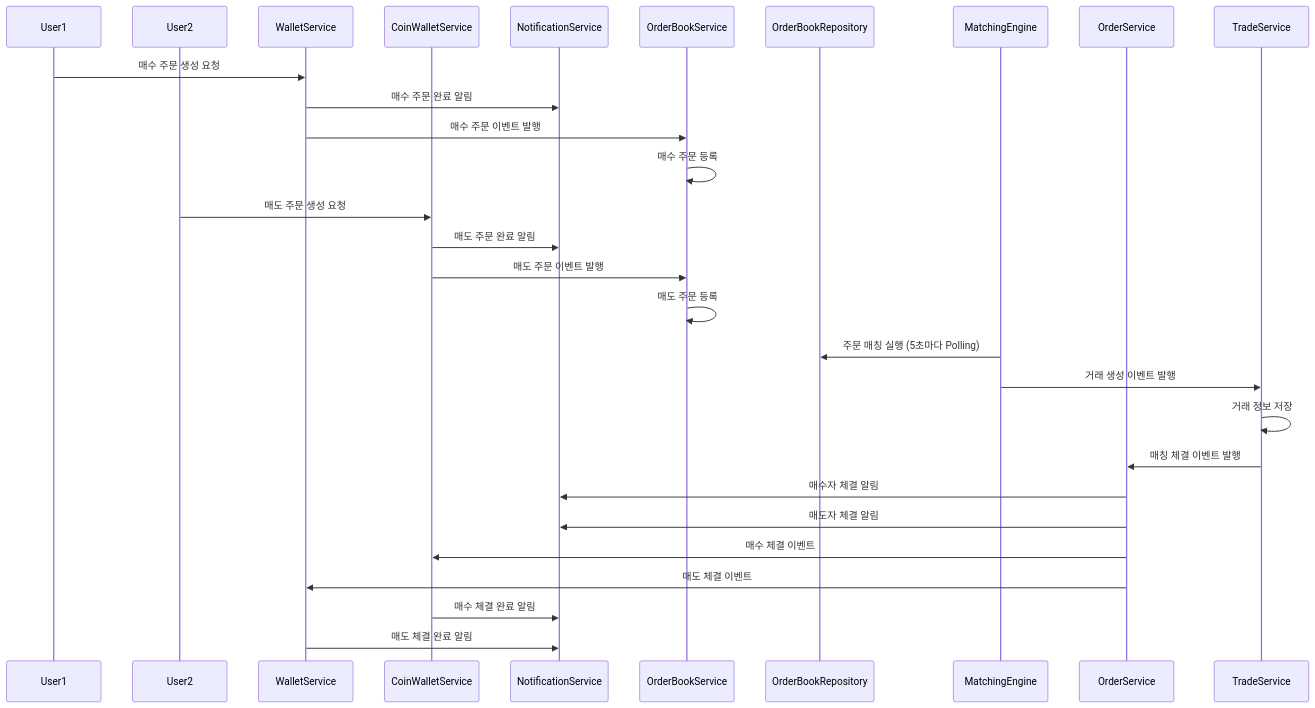
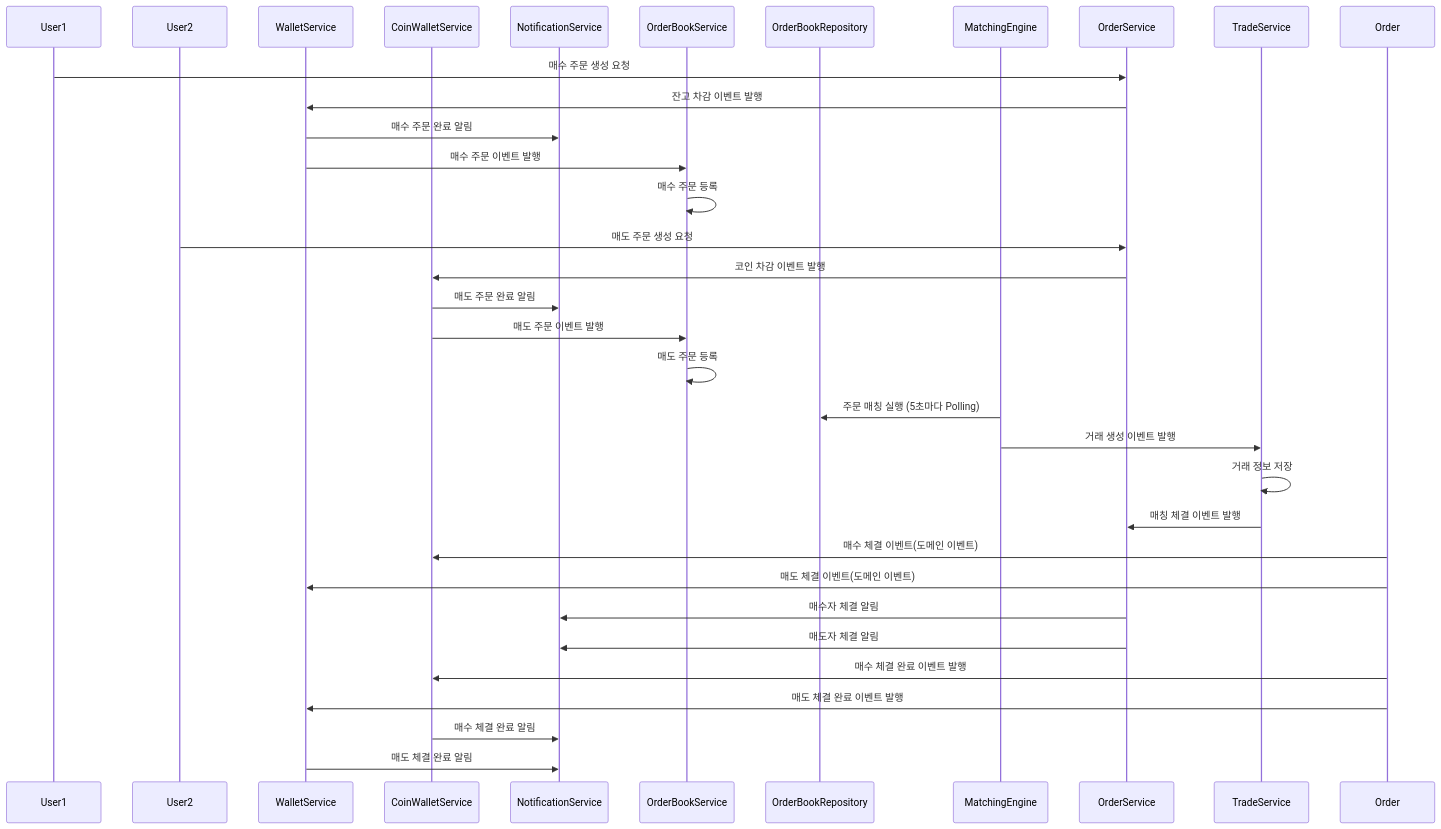
One commit to dudxor4587/coin-exchange changed the diagram in docs/플로우.md. Above: the diagram before and after it, drawn with Mermaid. The commit also changed 26 other files, not shown here.

````diff
--- a/docs/플로우.md
+++ b/docs/플로우.md
@@ -20,43 +20,47 @@
 ```mermaid
     sequenceDiagram
     participant User1
     participant User2
     participant WalletService
     participant CoinWalletService
     participant NotificationService
     participant OrderBookService
     participant OrderBookRepository
     participant MatchingEngine
     participant OrderService
     participant TradeService
     
     %% 매수 주문 흐름
-    User1->>WalletService: 매수 주문 생성 요청
+    User1->>OrderService: 매수 주문 생성 요청
+    OrderService->>WalletService: 잔고 차감 이벤트 발행
     WalletService->>NotificationService: 매수 주문 완료 알림
     WalletService->>OrderBookService: 매수 주문 이벤트 발행
     OrderBookService->>OrderBookService: 매수 주문 등록
     
     %% 매도 주문 흐름
-    User2->>CoinWalletService: 매도 주문 생성 요청
+    User2->>OrderService: 매도 주문 생성 요청
+    OrderService->>CoinWalletService: 코인 차감 이벤트 발행
     CoinWalletService->>NotificationService: 매도 주문 완료 알림
     CoinWalletService->>OrderBookService: 매도 주문 이벤트 발행
     OrderBookService->>OrderBookService: 매도 주문 등록
     
     %% 주문 매칭
     MatchingEngine->>OrderBookRepository: 주문 매칭 실행 (5초마다 Polling)
     MatchingEngine->>TradeService: 거래 생성 이벤트 발행
     TradeService->>TradeService: 거래 정보 저장
     
     %% 매칭 결과 처리
     TradeService->>OrderService: 매칭 체결 이벤트 발행
     
     %% 체결 후 처리
+    Order->>CoinWalletService: 매수 체결 이벤트(도메인 이벤트)
+    Order->>WalletService: 매도 체결 이벤트(도메인 이벤트)
     OrderService->>NotificationService: 매수자 체결 알림
     OrderService->>NotificationService: 매도자 체결 알림
-    OrderService->>CoinWalletService: 매수 체결 이벤트
-    OrderService->>WalletService: 매도 체결 이벤트
     
     %% 체결 완료 처리
+    Order->>CoinWalletService: 매수 체결 완료 이벤트 발행
+    Order->>WalletService: 매도 체결 완료 이벤트 발행
     CoinWalletService->>NotificationService: 매수 체결 완료 알림
     WalletService->>NotificationService: 매도 체결 완료 알림
 ```
````
